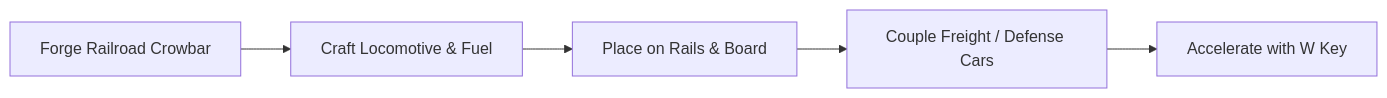
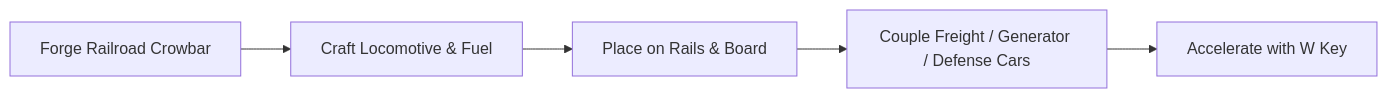
One commit to derethan/MineCraft_Track-and-Train-kit changed the diagram in WIKI.md. Above: the diagram before and after it, drawn with Mermaid. The commit also changed other lines of this file and 37 other files, not shown here.

````diff
--- a/WIKI.md
+++ b/WIKI.md
@@ -60,7 +67,7 @@
 ```mermaid
 flowchart LR
     A["Forge Railroad Crowbar"] --> B["Craft Locomotive & Fuel"]
     B --> C["Place on Rails & Board"]
-    C --> D["Couple Freight / Defense Cars"]
+    C --> D["Couple Freight / Generator / Defense Cars"]
     D --> E["Accelerate with W Key"]
 ```
````
